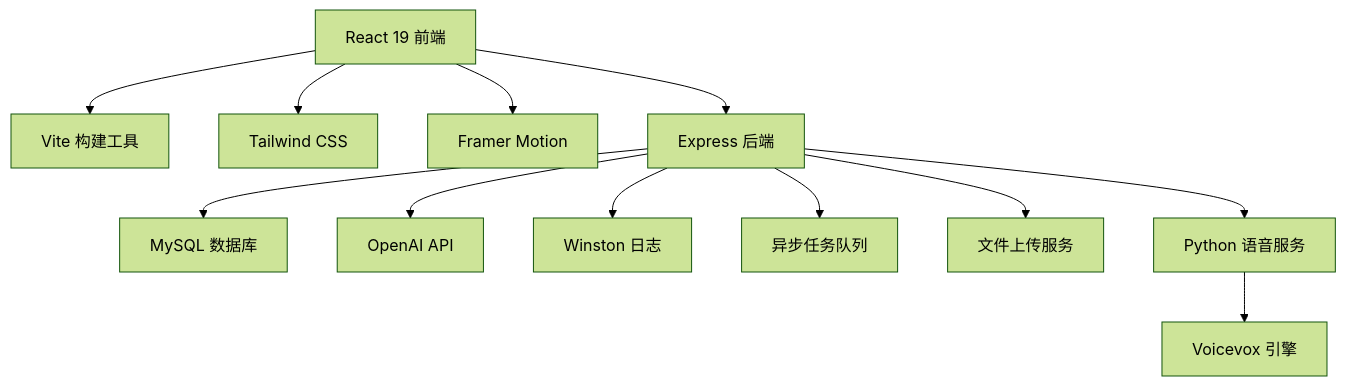
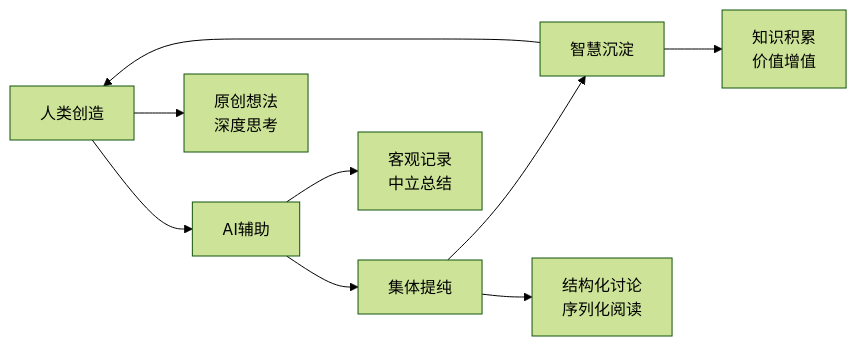
Before and after one commit to zcanic/zcanic.xyz: the second of 2 diagrams in README.md, drawn with Mermaid (forest theme). The commit also changed other lines of this file, not shown here.

````diff
--- a/README.md
+++ b/README.md
@@ -56,17 +145,12 @@
 ```mermaid
-graph TD
-    A[React 19 前端] --> B[Vite 构建工具]
-    A --> C[Tailwind CSS]
-    A --> D[Framer Motion]
+graph LR
+    A[人类创造] --> B[AI辅助]
+    B --> C[集体提纯]
+    C --> D[智慧沉淀]
+    D --> A
     
-    E[Express 后端] --> F[MySQL 数据库]
-    E --> G[OpenAI API]
-    E --> H[Winston 日志]
-    
-    A --> E
-    E --> I[异步任务队列]
-    E --> J[文件上传服务]
-    
-    K[Python 语音服务] --> L[Voicevox 引擎]
-    E --> K
+    A --> A1[原创想法<br/>深度思考]
+    B --> B1[客观记录<br/>中立总结]
+    C --> C1[结构化讨论<br/>序列化阅读]
+    D --> D1[知识积累<br/>价值增值]
 ```
````
